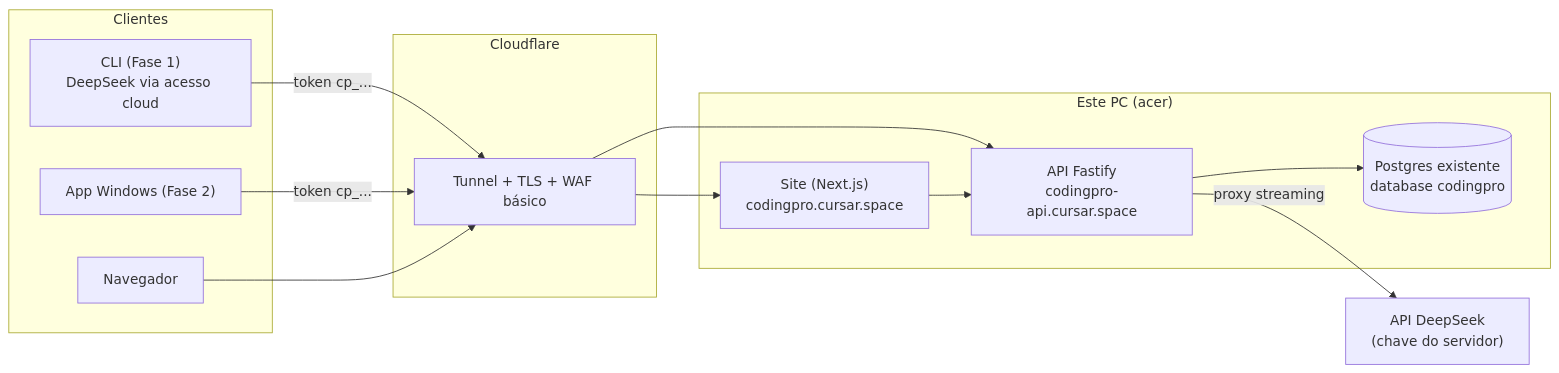
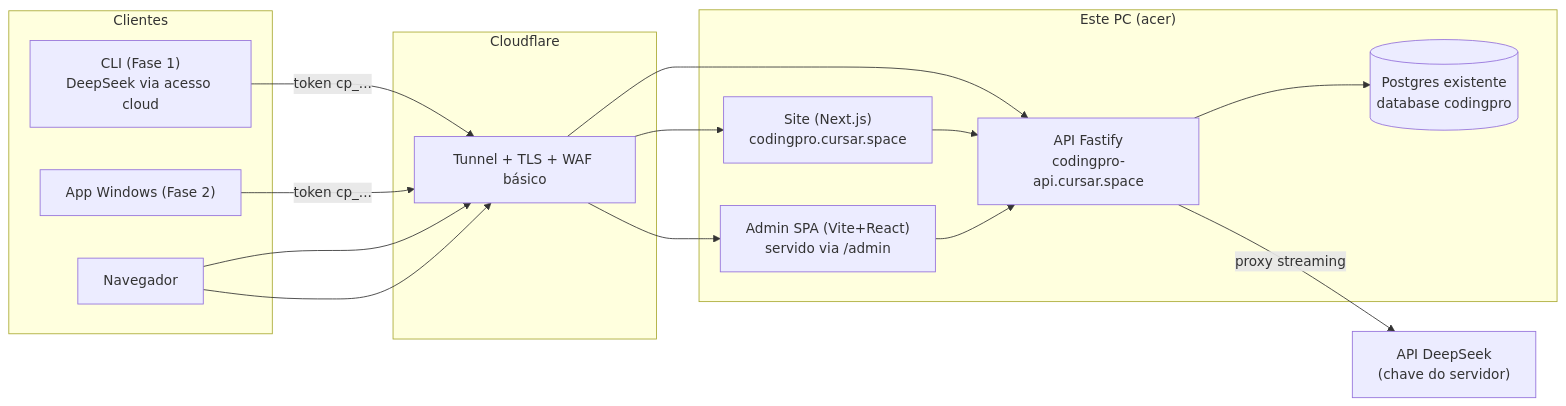
One commit to alvaro209890/CodingPro changed the diagram in fase3-plataforma-web/01_arquitetura.md. Above: the diagram before and after it, drawn with Mermaid. The commit also changed other lines of this file and 4 other files, not shown here.

Commit message:
Melhora plano da Fase 3: admin como SPA standalone (Vite + React)

````diff
--- a/fase3-plataforma-web/01_arquitetura.md
+++ b/fase3-plataforma-web/01_arquitetura.md
@@ -5,25 +5,27 @@
 ```mermaid
 flowchart LR
     subgraph CLIENTES["Clientes"]
         CLI["CLI (Fase 1)<br/>DeepSeek via acesso cloud"]
         APP["App Windows (Fase 2)"]
         NAV["Navegador"]
     end
 
     subgraph CF["Cloudflare"]
         TUN["Tunnel + TLS + WAF básico"]
     end
 
     subgraph PC["Este PC (acer)"]
         SITE["Site (Next.js)<br/>codingpro.cursar.space"]
+        ADMIN["Admin SPA (Vite+React)<br/>servido via /admin"]
         API["API Fastify<br/>codingpro-api.cursar.space"]
         PG[("Postgres existente<br/>database codingpro")]
     end
 
     DS["API DeepSeek<br/>(chave do servidor)"]
 
     CLI & APP -->|token cp_...| TUN --> API
     NAV --> TUN --> SITE --> API
+    NAV --> TUN --> ADMIN --> API
     API --> PG
     API -->|proxy streaming| DS
 ```
````
